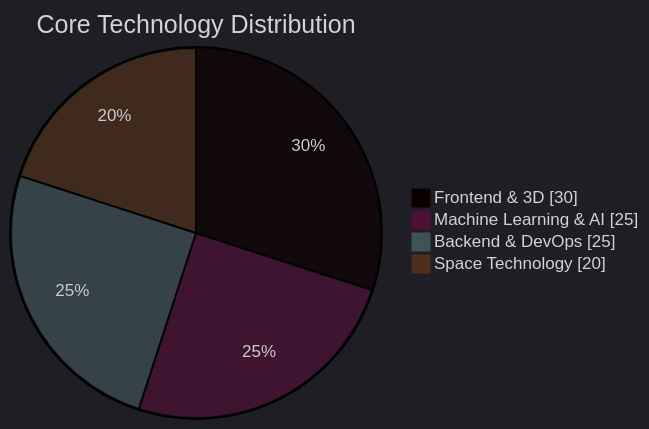
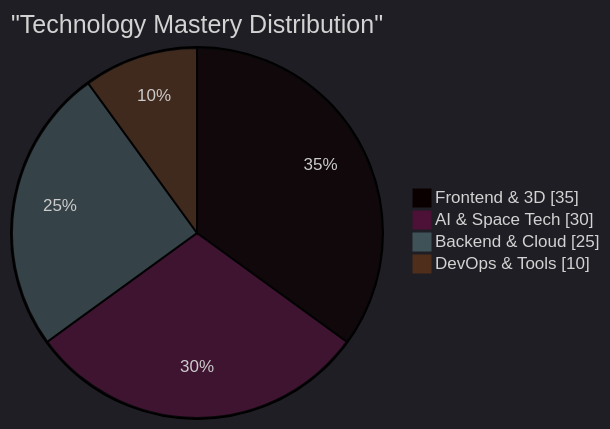
One commit to KhamessiTaha/KhamessiTaha changed the fourth of 4 diagrams in README.md. Above: the diagram before and after it, drawn with Mermaid. The commit also changed other lines of this file, not shown here.

````diff
--- a/README.md
+++ b/README.md
@@ -160,9 +189,9 @@
 ```mermaid
 %%{init: {'theme': 'dark', 'themeVariables': { 'fontSize': '16px'}}}%%
 pie showData
-    title Core Technology Distribution
-    "Frontend & 3D" : 30
-    "Machine Learning & AI" : 25
-    "Backend & DevOps" : 25
-    "Space Technology" : 20
+    title "Technology Mastery Distribution"
+    "Frontend & 3D" : 35
+    "AI & Space Tech" : 30
+    "Backend & Cloud" : 25
+    "DevOps & Tools" : 10
 ```
````
